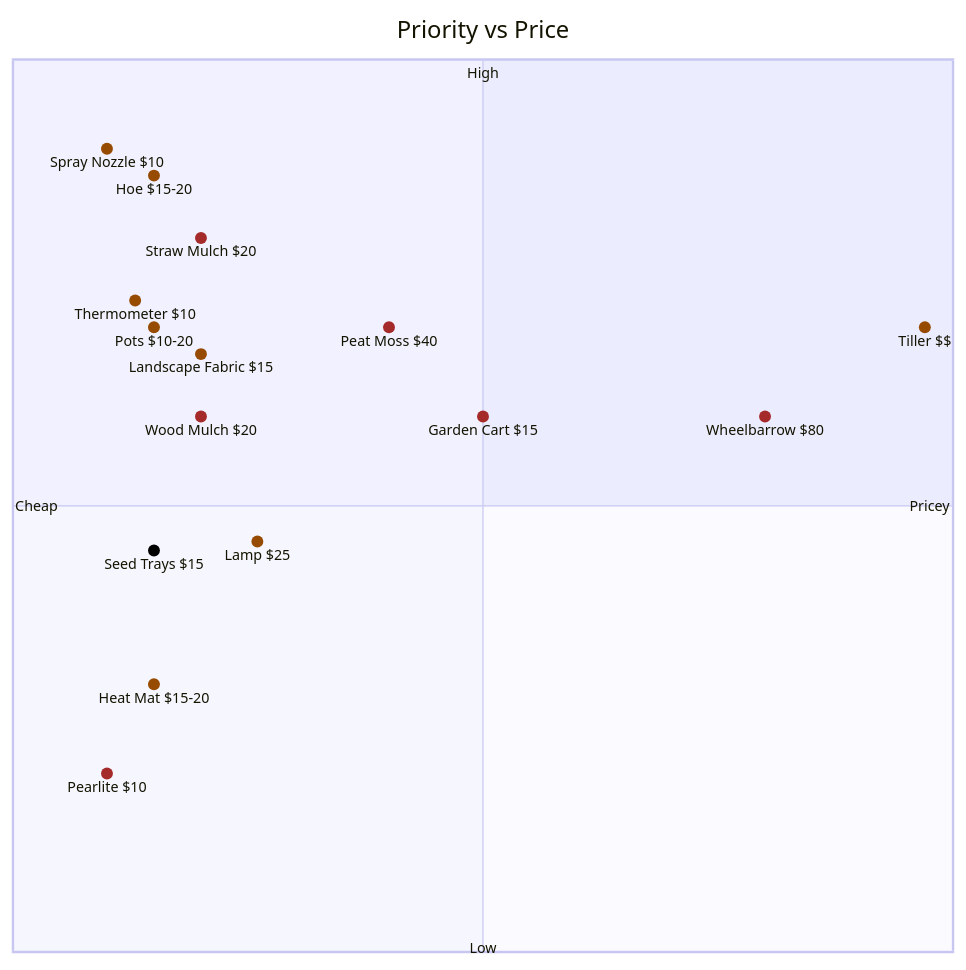
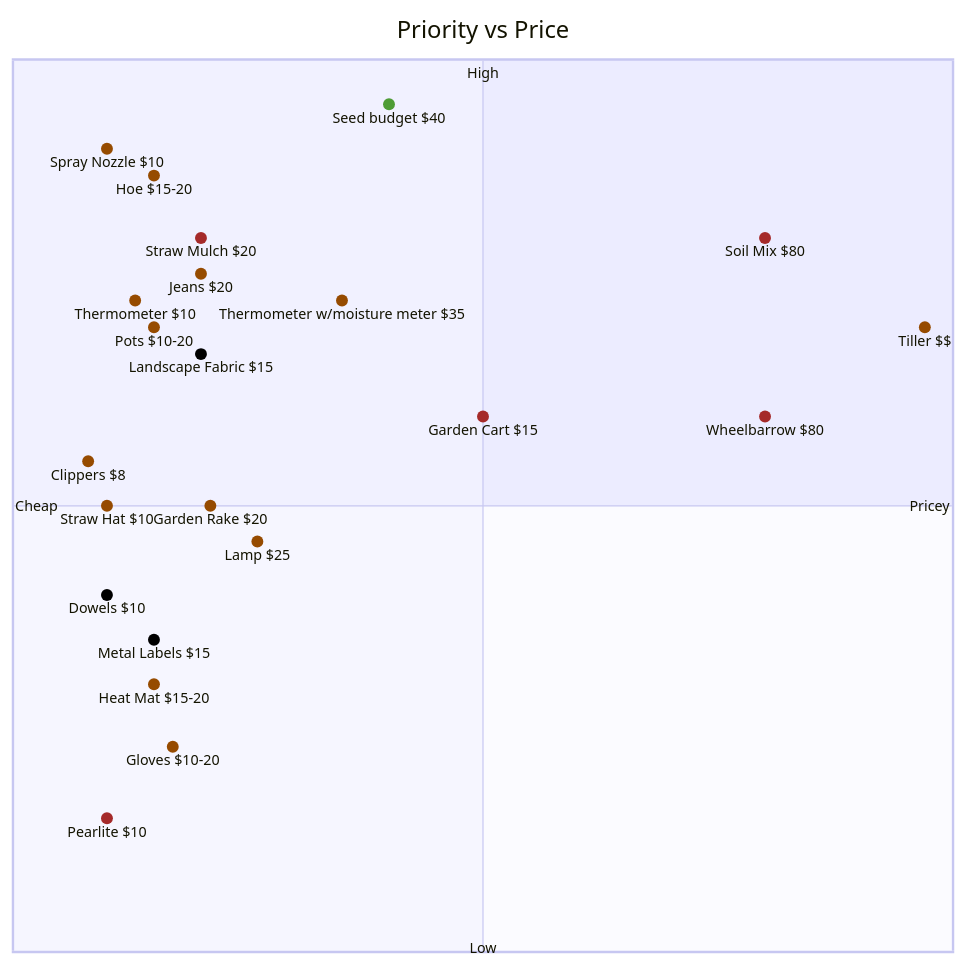
The second of 2 diagrams in Home Garden/Supplies_List.md (Sarcose/Obsidian_2025), drawn with Mermaid before and after one commit. The commit also changed other lines of this file and 1 other file, not shown here.

````diff
--- a/Home Garden/Supplies_List.md
+++ b/Home Garden/Supplies_List.md
@@ -64,43 +72,49 @@
 ```mermaid
 
 %%{init: {"quadrantChart": {
 	"chartWidth": 800, "chartHeight": 800}, "themeVariables": {"quadrant1TextFill": "#ff0000"} 
 
 }}%%
 quadrantChart
 	title Priority vs Price
 	classDef label color: #109060, radius: 0
 	Low:::label: [0.5, 0.02] 
 	High:::label: [0.5, 1] 
 	Cheap:::label: [0.025, 0.515]
 	Pricey:::label: [0.975, 0.515]
 
 	classDef tool color: #964B00, radius: 5
 	classDef resource color: #000000, radius: 5
 	classDef plant color: #4E9C35, radius: 5
 	classDef organization color: #9155C5, radius: 5
 	classDef soil color: #A52A2A, radius: 5
 
 	
 	
 
+	Spray Nozzle $10:::tool:[0.1,0.9]
+	Hoe $15-20:::tool: [0.15, 0.87]
+	Jeans $20:::tool:[0.20, 0.76]
+	Thermometer $10:::tool:[0.13, 0.73]
+	Thermometer w/moisture meter $35:::tool:[0.35, 0.73]
 	Pots $10-20:::tool: [0.15, 0.7]
-	Thermometer $10:::tool:[0.13, 0.73]
-	Hoe $15-20:::tool: [0.15, 0.87]
-	Spray Nozzle $10:::tool:[0.1,0.9]
-	Seed Trays $15:::resource:[0.15,0.45]
+	Tiller $$:::tool:[0.97,0.7]
+	Wheelbarrow $80:::soil:[0.8,0.6]
+	Garden Cart $15:::soil:[0.5,0.6]
 	Lamp $25:::tool:[0.26,0.46]
 	Heat Mat $15-20:::tool:[0.15,0.3]
-	Tiller $$:::tool:[0.97,0.7]
-	Landscape Fabric $15:::tool:[0.2,0.67]
-	Garden Cart $15:::soil:[0.5,0.6]
-	Wheelbarrow $80:::soil:[0.8,0.6]
+	Clippers $8:::tool:[0.08,0.55]
+	Straw Hat $10:::tool:[0.1,0.5]
+	Garden Rake $20:::tool:[0.21,0.5]
+	Gloves $10-20:::tool:[0.17, 0.23]
+
+	Landscape Fabric $15:::resource:[0.2,0.67]
+	Metal Labels $15:::resource:[0.15,0.35]
+	Dowels $10:::resource:[0.1,0.4]
+
+	Seed budget $40:::plant: [0.4, 0.95]
+
 	Straw Mulch $20:::soil:[0.2,0.8]
-	Wood Mulch $20:::soil:[0.2,0.6]
-	Peat Moss $40:::soil:[0.4,0.7]
-	Pearlite $10:::soil:[0.1,0.2]
-
-	
-
-
+	Soil Mix $80:::soil:[0.8,0.8]
+	Pearlite $10:::soil:[0.1,0.15]
 ```
````
